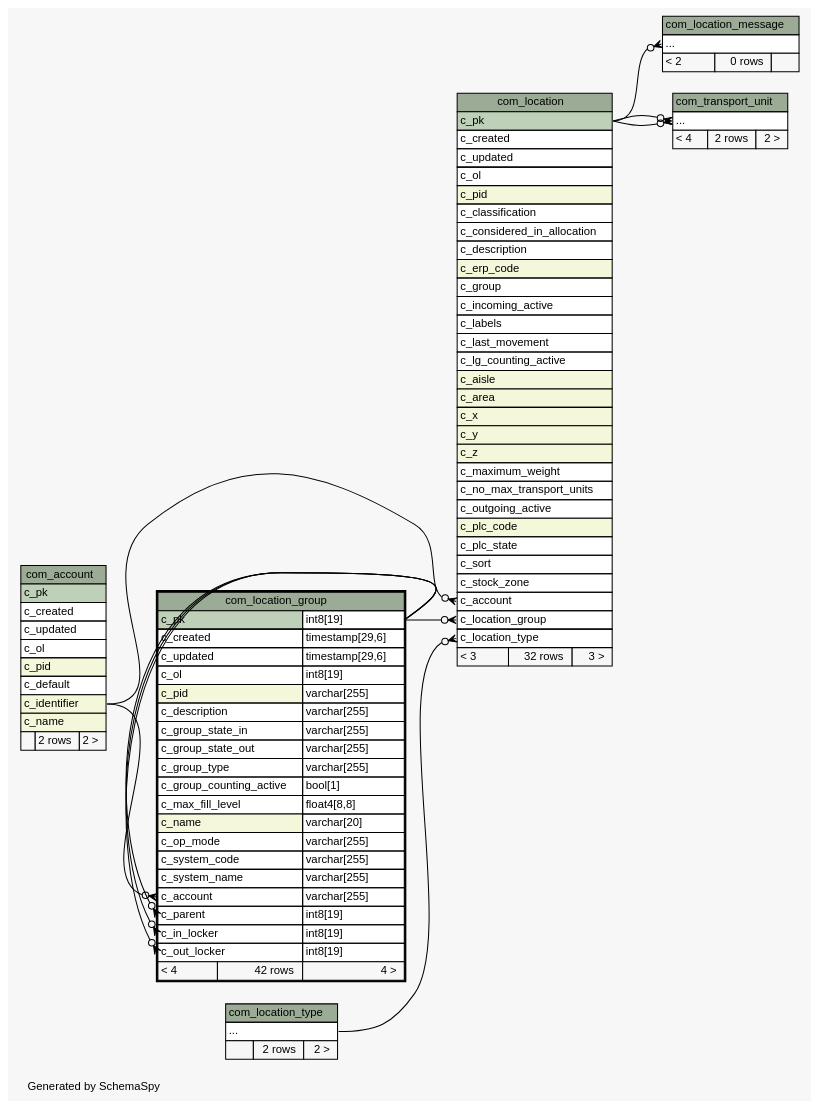
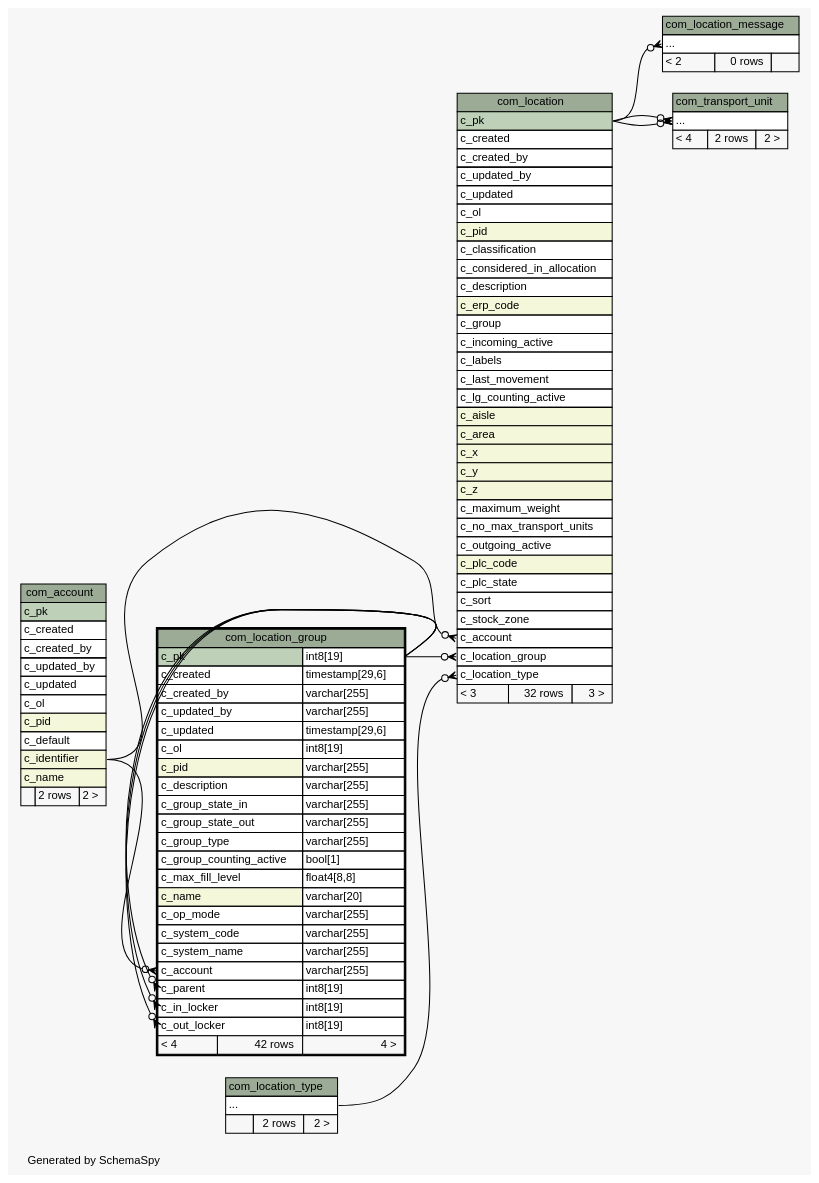
One commit to openwms/org.openwms.common.service.lib changed the diagram in 2.0.0-SNAPSHOT/schemaspy/diagrams/com_location_group.2degrees.dot. Above: the diagram before and after it, drawn with Graphviz. The commit also changed 531 other files, not shown here.

```diff
--- a/2.0.0-SNAPSHOT/schemaspy/diagrams/com_location_group.2degrees.dot
+++ b/2.0.0-SNAPSHOT/schemaspy/diagrams/com_location_group.2degrees.dot
@@ -1,145 +1,151 @@
-// dot 2.43.0 on Linux 5.13.0-1022-azure
+// dot 2.43.0 on Linux 5.13.0-1023-azure
 // SchemaSpy rev Unknown
 digraph "twoDegreesRelationshipsDiagram" {
   graph [
     rankdir="RL"
     bgcolor="#f7f7f7"
     label="\nGenerated by SchemaSpy"
     labeljust="l"
     nodesep="0.18"
     ranksep="0.46"
     fontname="Helvetica"
     fontsize="11"
   ];
   node [
     fontname="Helvetica"
     fontsize="11"
     shape="plaintext"
   ];
   edge [
     arrowsize="0.8"
   ];
   "com_location":"c_account":w -> "com_account":"c_identifier":e [arrowhead=none dir=back arrowtail=crowodot];
   "com_location":"c_location_group":w -> "com_location_group":"c_pk.type":e [arrowhead=none dir=back arrowtail=crowodot];
   "com_location":"c_location_type":w -> "com_location_type":"elipses":e [arrowhead=none dir=back arrowtail=crowodot];
   "com_location_group":"c_account":w -> "com_account":"c_identifier":e [arrowhead=none dir=back arrowtail=crowodot];
   "com_location_group":"c_in_locker":w -> "com_location_group":"c_pk.type":e [arrowhead=none dir=back arrowtail=crowodot];
   "com_location_group":"c_out_locker":w -> "com_location_group":"c_pk.type":e [arrowhead=none dir=back arrowtail=crowodot];
   "com_location_group":"c_parent":w -> "com_location_group":"c_pk.type":e [arrowhead=none dir=back arrowtail=crowodot];
   "com_location_message":"elipses":w -> "com_location":"c_pk":e [arrowhead=none dir=back arrowtail=crowodot];
   "com_transport_unit":"elipses":w -> "com_location":"c_pk":e [arrowhead=none dir=back arrowtail=crowodot];
   "com_transport_unit":"elipses":w -> "com_location":"c_pk":e [arrowhead=none dir=back arrowtail=crowodot];
   "com_account" [
     label=<
     <TABLE BORDER="0" CELLBORDER="1" CELLSPACING="0" BGCOLOR="#ffffff">
       <TR><TD COLSPAN="3" BGCOLOR="#9bab96" ALIGN="CENTER">com_account</TD></TR>
       <TR><TD PORT="c_pk" COLSPAN="3" BGCOLOR="#bed1b8" ALIGN="LEFT">c_pk</TD></TR>
       <TR><TD PORT="c_created" COLSPAN="3" ALIGN="LEFT">c_created</TD></TR>
+      <TR><TD PORT="c_created_by" COLSPAN="3" ALIGN="LEFT">c_created_by</TD></TR>
+      <TR><TD PORT="c_updated_by" COLSPAN="3" ALIGN="LEFT">c_updated_by</TD></TR>
       <TR><TD PORT="c_updated" COLSPAN="3" ALIGN="LEFT">c_updated</TD></TR>
       <TR><TD PORT="c_ol" COLSPAN="3" ALIGN="LEFT">c_ol</TD></TR>
       <TR><TD PORT="c_pid" COLSPAN="3" BGCOLOR="#f4f7da" ALIGN="LEFT">c_pid</TD></TR>
       <TR><TD PORT="c_default" COLSPAN="3" ALIGN="LEFT">c_default</TD></TR>
       <TR><TD PORT="c_identifier" COLSPAN="3" BGCOLOR="#f4f7da" ALIGN="LEFT">c_identifier</TD></TR>
       <TR><TD PORT="c_name" COLSPAN="3" BGCOLOR="#f4f7da" ALIGN="LEFT">c_name</TD></TR>
       <TR><TD ALIGN="LEFT" BGCOLOR="#f7f7f7">  </TD><TD ALIGN="RIGHT" BGCOLOR="#f7f7f7">2 rows</TD><TD ALIGN="RIGHT" BGCOLOR="#f7f7f7">2 &gt;</TD></TR>
     </TABLE>>
     URL="com_account.html"
     tooltip="com_account"
   ];
   "com_location" [
     label=<
     <TABLE BORDER="0" CELLBORDER="1" CELLSPACING="0" BGCOLOR="#ffffff">
       <TR><TD COLSPAN="3" BGCOLOR="#9bab96" ALIGN="CENTER">com_location</TD></TR>
       <TR><TD PORT="c_pk" COLSPAN="3" BGCOLOR="#bed1b8" ALIGN="LEFT">c_pk</TD></TR>
       <TR><TD PORT="c_created" COLSPAN="3" ALIGN="LEFT">c_created</TD></TR>
+      <TR><TD PORT="c_created_by" COLSPAN="3" ALIGN="LEFT">c_created_by</TD></TR>
+      <TR><TD PORT="c_updated_by" COLSPAN="3" ALIGN="LEFT">c_updated_by</TD></TR>
       <TR><TD PORT="c_updated" COLSPAN="3" ALIGN="LEFT">c_updated</TD></TR>
       <TR><TD PORT="c_ol" COLSPAN="3" ALIGN="LEFT">c_ol</TD></TR>
       <TR><TD PORT="c_pid" COLSPAN="3" BGCOLOR="#f4f7da" ALIGN="LEFT">c_pid</TD></TR>
       <TR><TD PORT="c_classification" COLSPAN="3" ALIGN="LEFT">c_classification</TD></TR>
       <TR><TD PORT="c_considered_in_allocation" COLSPAN="3" ALIGN="LEFT">c_considered_in_allocation</TD></TR>
       <TR><TD PORT="c_description" COLSPAN="3" ALIGN="LEFT">c_description</TD></TR>
       <TR><TD PORT="c_erp_code" COLSPAN="3" BGCOLOR="#f4f7da" ALIGN="LEFT">c_erp_code</TD></TR>
       <TR><TD PORT="c_group" COLSPAN="3" ALIGN="LEFT">c_group</TD></TR>
       <TR><TD PORT="c_incoming_active" COLSPAN="3" ALIGN="LEFT">c_incoming_active</TD></TR>
       <TR><TD PORT="c_labels" COLSPAN="3" ALIGN="LEFT">c_labels</TD></TR>
       <TR><TD PORT="c_last_movement" COLSPAN="3" ALIGN="LEFT">c_last_movement</TD></TR>
       <TR><TD PORT="c_lg_counting_active" COLSPAN="3" ALIGN="LEFT">c_lg_counting_active</TD></TR>
       <TR><TD PORT="c_aisle" COLSPAN="3" BGCOLOR="#f4f7da" ALIGN="LEFT">c_aisle</TD></TR>
       <TR><TD PORT="c_area" COLSPAN="3" BGCOLOR="#f4f7da" ALIGN="LEFT">c_area</TD></TR>
       <TR><TD PORT="c_x" COLSPAN="3" BGCOLOR="#f4f7da" ALIGN="LEFT">c_x</TD></TR>
       <TR><TD PORT="c_y" COLSPAN="3" BGCOLOR="#f4f7da" ALIGN="LEFT">c_y</TD></TR>
       <TR><TD PORT="c_z" COLSPAN="3" BGCOLOR="#f4f7da" ALIGN="LEFT">c_z</TD></TR>
       <TR><TD PORT="c_maximum_weight" COLSPAN="3" ALIGN="LEFT">c_maximum_weight</TD></TR>
       <TR><TD PORT="c_no_max_transport_units" COLSPAN="3" ALIGN="LEFT">c_no_max_transport_units</TD></TR>
       <TR><TD PORT="c_outgoing_active" COLSPAN="3" ALIGN="LEFT">c_outgoing_active</TD></TR>
       <TR><TD PORT="c_plc_code" COLSPAN="3" BGCOLOR="#f4f7da" ALIGN="LEFT">c_plc_code</TD></TR>
       <TR><TD PORT="c_plc_state" COLSPAN="3" ALIGN="LEFT">c_plc_state</TD></TR>
       <TR><TD PORT="c_sort" COLSPAN="3" ALIGN="LEFT">c_sort</TD></TR>
       <TR><TD PORT="c_stock_zone" COLSPAN="3" ALIGN="LEFT">c_stock_zone</TD></TR>
       <TR><TD PORT="c_account" COLSPAN="3" ALIGN="LEFT">c_account</TD></TR>
       <TR><TD PORT="c_location_group" COLSPAN="3" ALIGN="LEFT">c_location_group</TD></TR>
       <TR><TD PORT="c_location_type" COLSPAN="3" ALIGN="LEFT">c_location_type</TD></TR>
       <TR><TD ALIGN="LEFT" BGCOLOR="#f7f7f7">&lt; 3</TD><TD ALIGN="RIGHT" BGCOLOR="#f7f7f7">32 rows</TD><TD ALIGN="RIGHT" BGCOLOR="#f7f7f7">3 &gt;</TD></TR>
     </TABLE>>
     URL="com_location.html"
     tooltip="com_location"
   ];
   "com_location_group" [
     label=<
     <TABLE BORDER="2" CELLBORDER="1" CELLSPACING="0" BGCOLOR="#ffffff">
       <TR><TD COLSPAN="3" BGCOLOR="#9bab96" ALIGN="CENTER">com_location_group</TD></TR>
       <TR><TD PORT="c_pk" COLSPAN="2" BGCOLOR="#bed1b8" ALIGN="LEFT">c_pk</TD><TD PORT="c_pk.type" ALIGN="LEFT">int8[19]</TD></TR>
       <TR><TD PORT="c_created" COLSPAN="2" ALIGN="LEFT">c_created</TD><TD PORT="c_created.type" ALIGN="LEFT">timestamp[29,6]</TD></TR>
+      <TR><TD PORT="c_created_by" COLSPAN="2" ALIGN="LEFT">c_created_by</TD><TD PORT="c_created_by.type" ALIGN="LEFT">varchar[255]</TD></TR>
+      <TR><TD PORT="c_updated_by" COLSPAN="2" ALIGN="LEFT">c_updated_by</TD><TD PORT="c_updated_by.type" ALIGN="LEFT">varchar[255]</TD></TR>
       <TR><TD PORT="c_updated" COLSPAN="2" ALIGN="LEFT">c_updated</TD><TD PORT="c_updated.type" ALIGN="LEFT">timestamp[29,6]</TD></TR>
       <TR><TD PORT="c_ol" COLSPAN="2" ALIGN="LEFT">c_ol</TD><TD PORT="c_ol.type" ALIGN="LEFT">int8[19]</TD></TR>
       <TR><TD PORT="c_pid" COLSPAN="2" BGCOLOR="#f4f7da" ALIGN="LEFT">c_pid</TD><TD PORT="c_pid.type" ALIGN="LEFT">varchar[255]</TD></TR>
       <TR><TD PORT="c_description" COLSPAN="2" ALIGN="LEFT">c_description</TD><TD PORT="c_description.type" ALIGN="LEFT">varchar[255]</TD></TR>
       <TR><TD PORT="c_group_state_in" COLSPAN="2" ALIGN="LEFT">c_group_state_in</TD><TD PORT="c_group_state_in.type" ALIGN="LEFT">varchar[255]</TD></TR>
       <TR><TD PORT="c_group_state_out" COLSPAN="2" ALIGN="LEFT">c_group_state_out</TD><TD PORT="c_group_state_out.type" ALIGN="LEFT">varchar[255]</TD></TR>
       <TR><TD PORT="c_group_type" COLSPAN="2" ALIGN="LEFT">c_group_type</TD><TD PORT="c_group_type.type" ALIGN="LEFT">varchar[255]</TD></TR>
       <TR><TD PORT="c_group_counting_active" COLSPAN="2" ALIGN="LEFT">c_group_counting_active</TD><TD PORT="c_group_counting_active.type" ALIGN="LEFT">bool[1]</TD></TR>
       <TR><TD PORT="c_max_fill_level" COLSPAN="2" ALIGN="LEFT">c_max_fill_level</TD><TD PORT="c_max_fill_level.type" ALIGN="LEFT">float4[8,8]</TD></TR>
       <TR><TD PORT="c_name" COLSPAN="2" BGCOLOR="#f4f7da" ALIGN="LEFT">c_name</TD><TD PORT="c_name.type" ALIGN="LEFT">varchar[20]</TD></TR>
       <TR><TD PORT="c_op_mode" COLSPAN="2" ALIGN="LEFT">c_op_mode</TD><TD PORT="c_op_mode.type" ALIGN="LEFT">varchar[255]</TD></TR>
       <TR><TD PORT="c_system_code" COLSPAN="2" ALIGN="LEFT">c_system_code</TD><TD PORT="c_system_code.type" ALIGN="LEFT">varchar[255]</TD></TR>
       <TR><TD PORT="c_system_name" COLSPAN="2" ALIGN="LEFT">c_system_name</TD><TD PORT="c_system_name.type" ALIGN="LEFT">varchar[255]</TD></TR>
       <TR><TD PORT="c_account" COLSPAN="2" ALIGN="LEFT">c_account</TD><TD PORT="c_account.type" ALIGN="LEFT">varchar[255]</TD></TR>
       <TR><TD PORT="c_parent" COLSPAN="2" ALIGN="LEFT">c_parent</TD><TD PORT="c_parent.type" ALIGN="LEFT">int8[19]</TD></TR>
       <TR><TD PORT="c_in_locker" COLSPAN="2" ALIGN="LEFT">c_in_locker</TD><TD PORT="c_in_locker.type" ALIGN="LEFT">int8[19]</TD></TR>
       <TR><TD PORT="c_out_locker" COLSPAN="2" ALIGN="LEFT">c_out_locker</TD><TD PORT="c_out_locker.type" ALIGN="LEFT">int8[19]</TD></TR>
       <TR><TD ALIGN="LEFT" BGCOLOR="#f7f7f7">&lt; 4</TD><TD ALIGN="RIGHT" BGCOLOR="#f7f7f7">42 rows</TD><TD ALIGN="RIGHT" BGCOLOR="#f7f7f7">4 &gt;</TD></TR>
     </TABLE>>
     URL="com_location_group.html"
     tooltip="com_location_group"
   ];
   "com_location_message" [
     label=<
     <TABLE BORDER="0" CELLBORDER="1" CELLSPACING="0" BGCOLOR="#ffffff">
       <TR><TD COLSPAN="3" BGCOLOR="#9bab96" ALIGN="CENTER">com_location_message</TD></TR>
       <TR><TD PORT="elipses" COLSPAN="3" ALIGN="LEFT">...</TD></TR>
       <TR><TD ALIGN="LEFT" BGCOLOR="#f7f7f7">&lt; 2</TD><TD ALIGN="RIGHT" BGCOLOR="#f7f7f7">0 rows</TD><TD ALIGN="RIGHT" BGCOLOR="#f7f7f7">  </TD></TR>
     </TABLE>>
     URL="com_location_message.html"
     tooltip="com_location_message"
   ];
   "com_location_type" [
     label=<
     <TABLE BORDER="0" CELLBORDER="1" CELLSPACING="0" BGCOLOR="#ffffff">
       <TR><TD COLSPAN="3" BGCOLOR="#9bab96" ALIGN="CENTER">com_location_type</TD></TR>
       <TR><TD PORT="elipses" COLSPAN="3" ALIGN="LEFT">...</TD></TR>
       <TR><TD ALIGN="LEFT" BGCOLOR="#f7f7f7">  </TD><TD ALIGN="RIGHT" BGCOLOR="#f7f7f7">2 rows</TD><TD ALIGN="RIGHT" BGCOLOR="#f7f7f7">2 &gt;</TD></TR>
     </TABLE>>
     URL="com_location_type.html"
     tooltip="com_location_type"
   ];
   "com_transport_unit" [
     label=<
     <TABLE BORDER="0" CELLBORDER="1" CELLSPACING="0" BGCOLOR="#ffffff">
       <TR><TD COLSPAN="3" BGCOLOR="#9bab96" ALIGN="CENTER">com_transport_unit</TD></TR>
       <TR><TD PORT="elipses" COLSPAN="3" ALIGN="LEFT">...</TD></TR>
       <TR><TD ALIGN="LEFT" BGCOLOR="#f7f7f7">&lt; 4</TD><TD ALIGN="RIGHT" BGCOLOR="#f7f7f7">2 rows</TD><TD ALIGN="RIGHT" BGCOLOR="#f7f7f7">2 &gt;</TD></TR>
     </TABLE>>
     URL="com_transport_unit.html"
     tooltip="com_transport_unit"
   ];
 }
```
